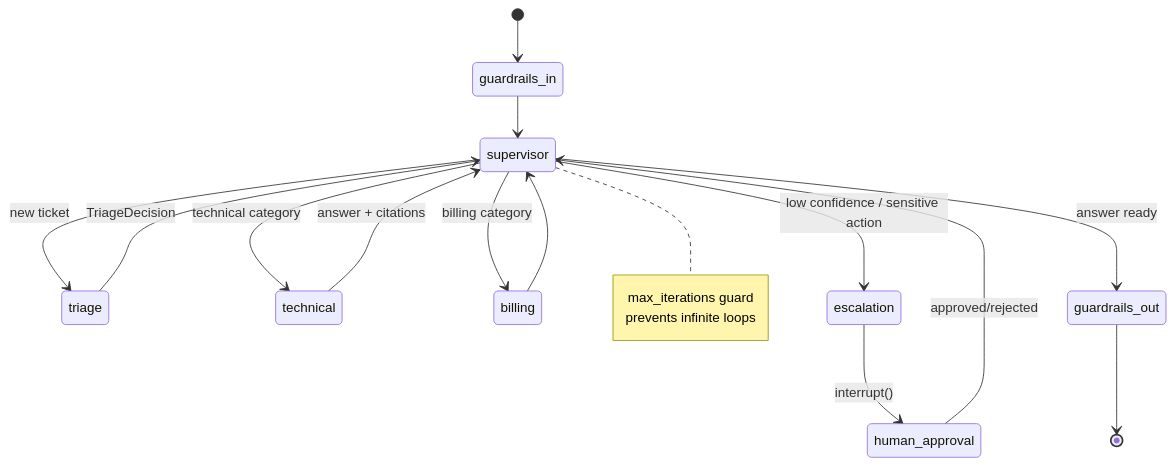
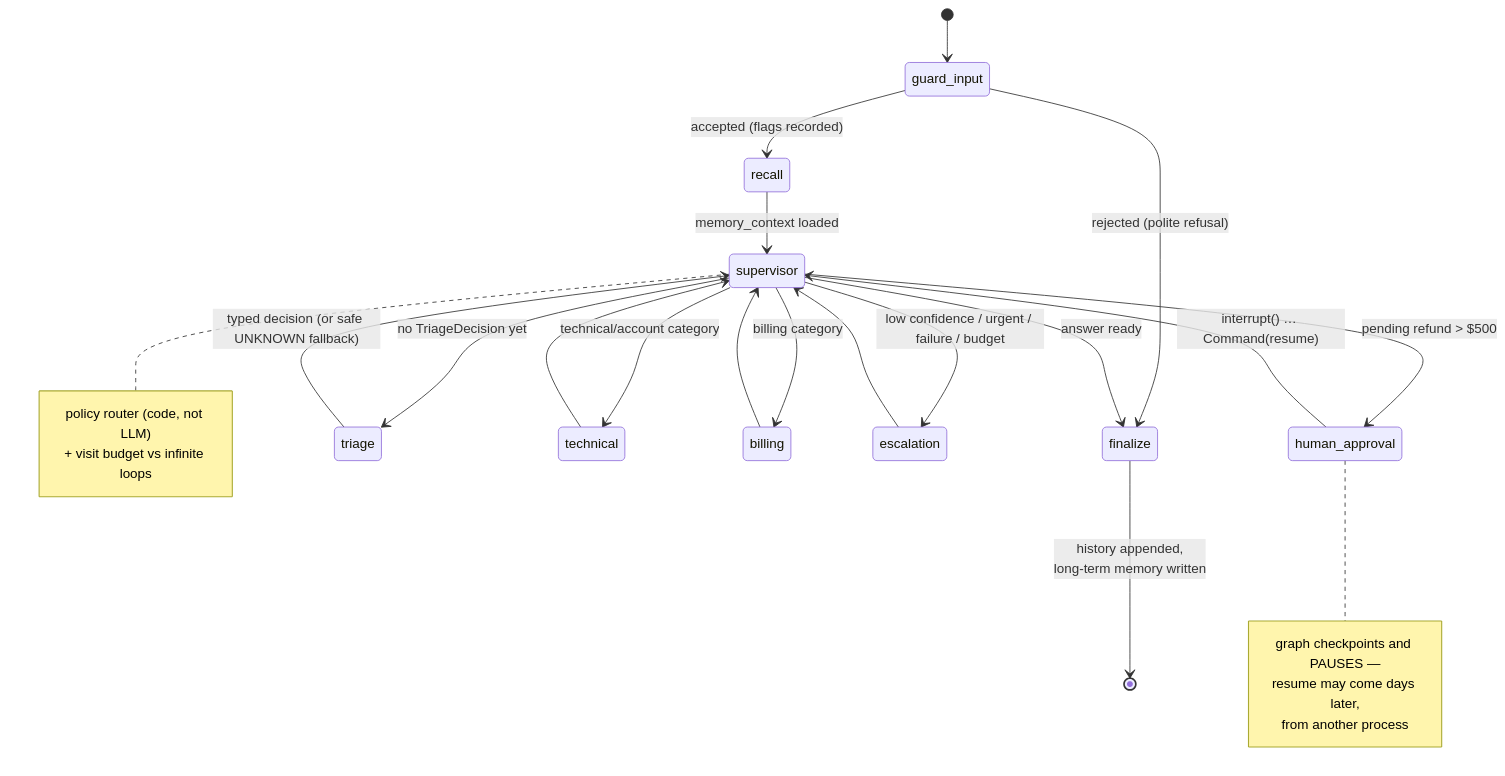
The second of 2 diagrams in docs/ARCHITECTURE.md (felipeverones/saas-agent), drawn with Mermaid before and after one commit. The commit also changed other lines of this file and 3 other files, not shown here.

````diff
--- a/docs/ARCHITECTURE.md
+++ b/docs/ARCHITECTURE.md
@@ -72,17 +72,21 @@
 ```mermaid
 stateDiagram-v2
-    [*] --> guardrails_in
-    guardrails_in --> supervisor
-    supervisor --> triage: new ticket
-    triage --> supervisor: TriageDecision
-    supervisor --> technical: technical category
+    [*] --> guard_input
+    guard_input --> recall: accepted (flags recorded)
+    guard_input --> finalize: rejected (polite refusal)
+    recall --> supervisor: memory_context loaded
+    supervisor --> triage: no TriageDecision yet
+    triage --> supervisor: typed decision (or safe UNKNOWN fallback)
+    supervisor --> technical: technical/account category
     supervisor --> billing: billing category
-    supervisor --> escalation: low confidence / sensitive action
-    technical --> supervisor: answer + citations
+    supervisor --> escalation: low confidence / urgent / failure / budget
+    supervisor --> human_approval: pending refund > $500
+    technical --> supervisor
     billing --> supervisor
-    escalation --> human_approval: interrupt()
-    human_approval --> supervisor: approved/rejected
-    supervisor --> guardrails_out: answer ready
-    guardrails_out --> [*]
-    note right of supervisor: max_iterations guard<br/>prevents infinite loops
+    escalation --> supervisor
+    human_approval --> supervisor: interrupt() … Command(resume)
+    supervisor --> finalize: answer ready
+    finalize --> [*]: history appended,<br/>long-term memory written
+    note right of supervisor: policy router (code, not LLM)<br/>+ visit budget vs infinite loops
+    note right of human_approval: graph checkpoints and PAUSES —<br/>resume may come days later,<br/>from another process
 ```
````
